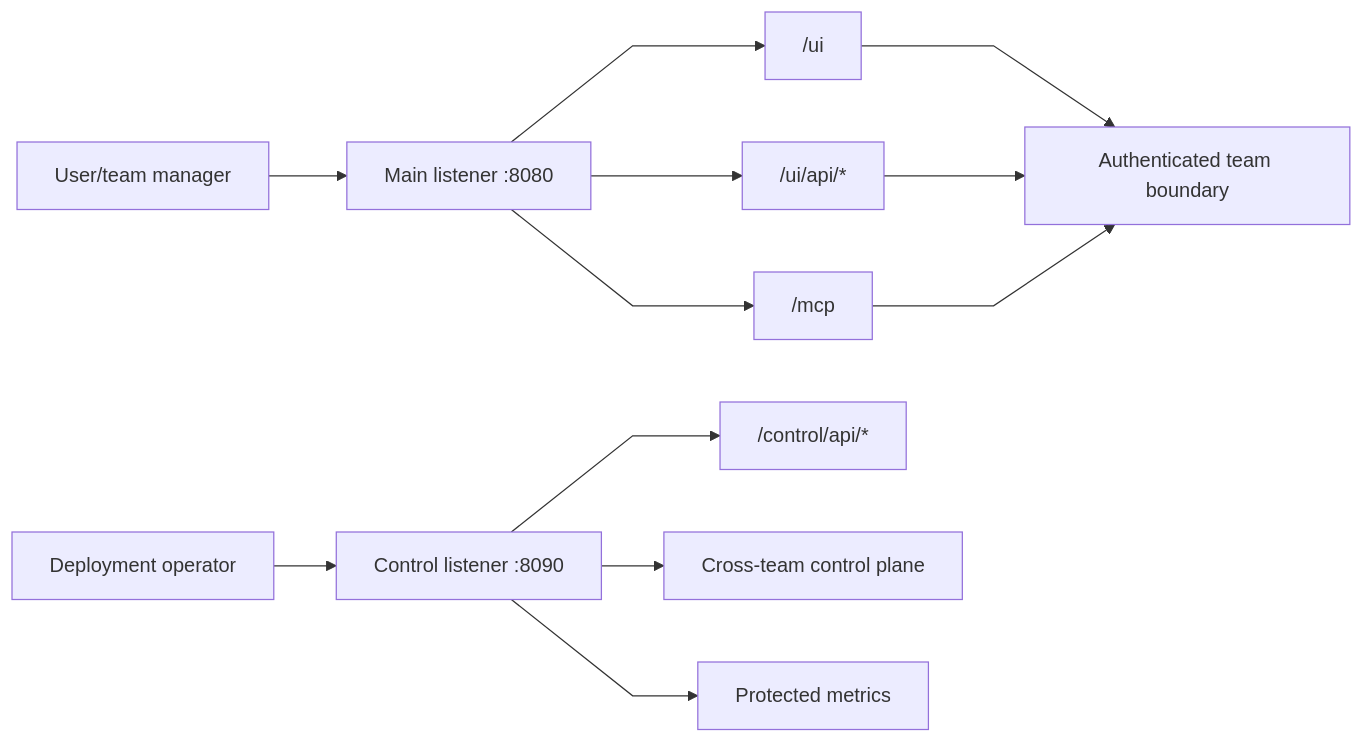
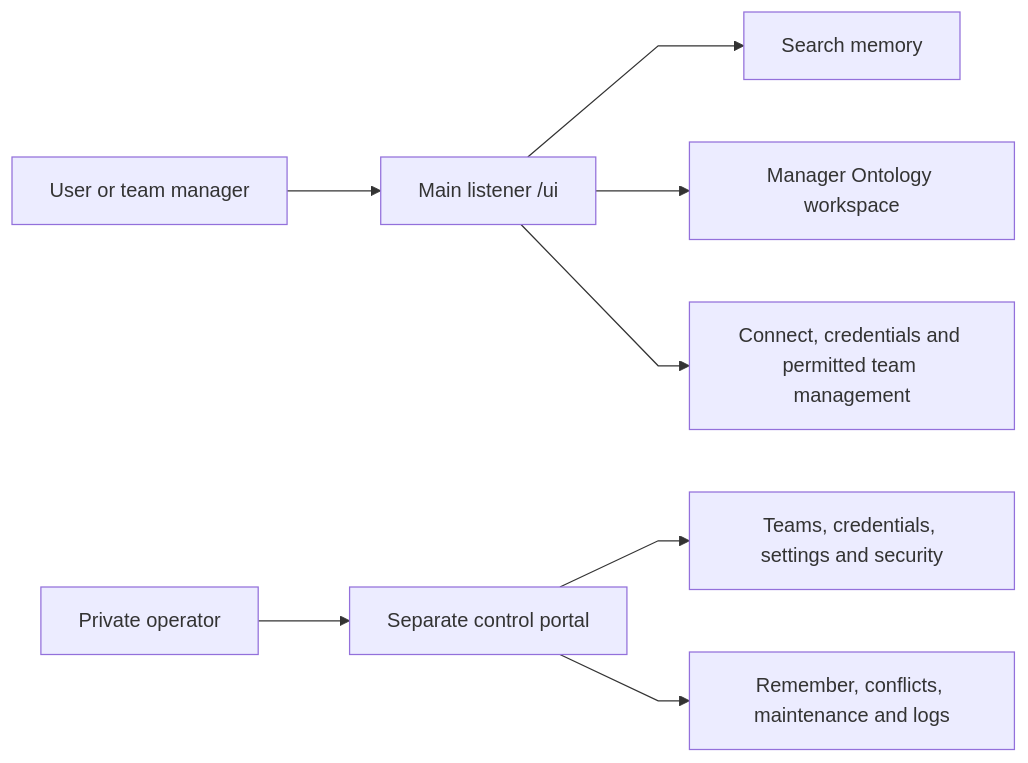
Before and after one commit to markhuangai/dense-mem: the first of 2 diagrams in Portals-And-API-Keys.md, drawn with Mermaid. The commit also changed other lines of this file and 34 other files, not shown here.

````diff
--- a/Portals-And-API-Keys.md
+++ b/Portals-And-API-Keys.md
@@ -20,16 +7,11 @@
 ```mermaid
 %%{init: {"flowchart": {"curve": "linear"}}}%%
 flowchart LR
-  User["User/team manager"] --> Main["Main listener :8080"]
-  Main --> UI["/ui"]
-  Main --> UserAPI["/ui/api/*"]
-  Main --> MCP["/mcp"]
-  UI --> Team["Authenticated team boundary"]
-  UserAPI --> Team
-  MCP --> Team
-
-  Operator["Deployment operator"] --> Control["Control listener :8090"]
-  Control --> ControlAPI["/control/api/*"]
-  Control --> Admin["Cross-team control plane"]
-  Control --> Metrics["Protected metrics"]
+  User["User or team manager"] --> UI["Main listener /ui"]
+  UI --> Recall["Search memory"]
+  UI --> Ontology["Manager Ontology workspace"]
+  UI --> Access["Connect, credentials and permitted team management"]
+  Operator["Private operator"] --> Control["Separate control portal"]
+  Control --> Admin["Teams, credentials, settings and security"]
+  Control --> Diagnose["Remember, conflicts, maintenance and logs"]
 ```
````
